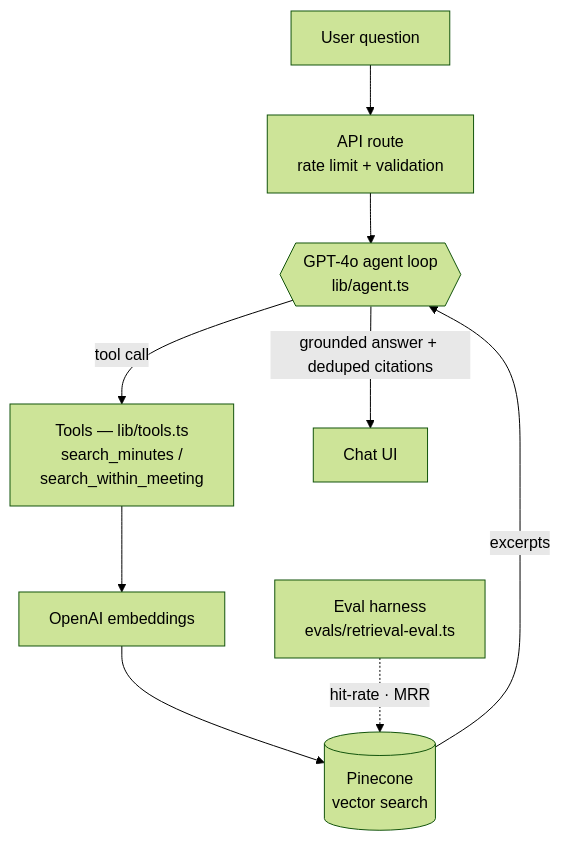
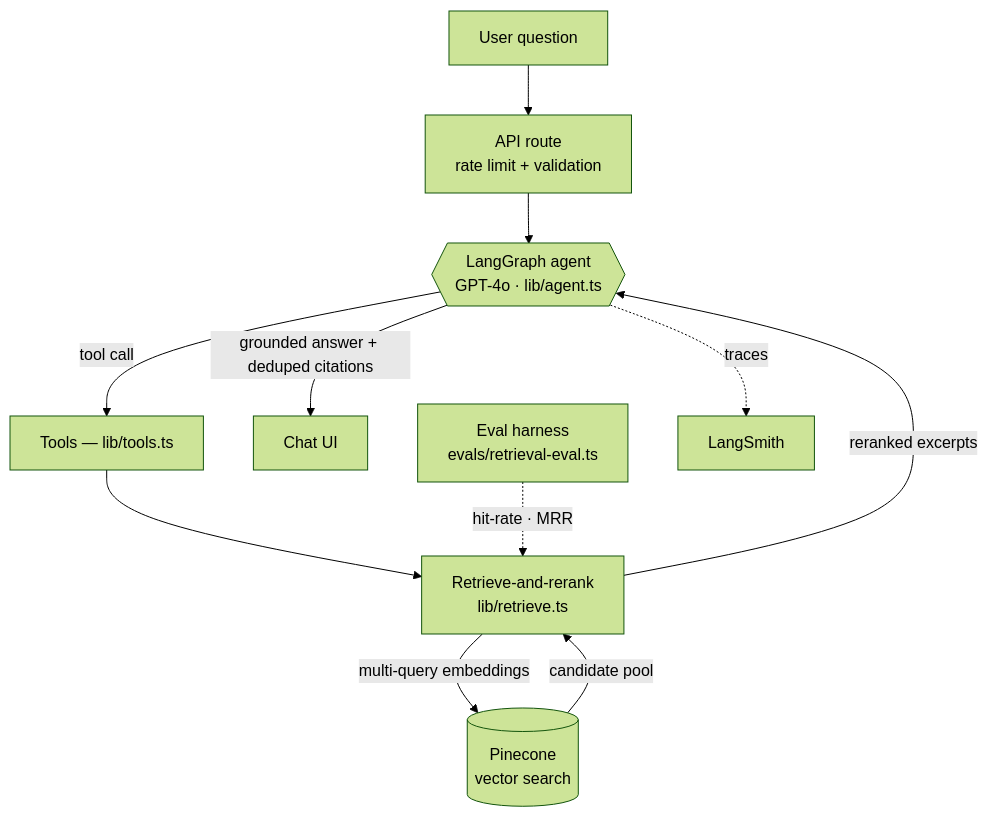
The diagram in README.md (murguia/fedmin-chat), drawn with Mermaid (forest theme) before and after one commit. The commit also changed other lines of this file and 8 other files, not shown here.

First line of the commit message:
Add LangChain/LangGraph/LangSmith: retrieve-and-rerank, agent, tracing (#3)

````diff
--- a/README.md
+++ b/README.md
@@ -21,11 +21,13 @@
 ```mermaid
 flowchart TD
     U[User question] --> API[API route<br/>rate limit + validation]
-    API --> LOOP{{GPT-4o agent loop<br/>lib/agent.ts}}
-    LOOP -->|tool call| T[Tools — lib/tools.ts<br/>search_minutes /<br/>search_within_meeting]
-    T --> EMB[OpenAI embeddings]
-    EMB --> PC[(Pinecone<br/>vector search)]
-    PC -->|excerpts| LOOP
+    API --> LOOP{{LangGraph agent<br/>GPT-4o · lib/agent.ts}}
+    LOOP -->|tool call| T[Tools — lib/tools.ts]
+    T --> R[Retrieve-and-rerank<br/>lib/retrieve.ts]
+    R -->|multi-query embeddings| PC[(Pinecone<br/>vector search)]
+    PC -->|candidate pool| R
+    R -->|reranked excerpts| LOOP
     LOOP -->|grounded answer + deduped citations| UI[Chat UI]
-    EVAL[Eval harness<br/>evals/retrieval-eval.ts] -.->|hit-rate · MRR| PC
+    EVAL[Eval harness<br/>evals/retrieval-eval.ts] -.->|hit-rate · MRR| R
+    LOOP -.->|traces| LS[LangSmith]
 ```
````
